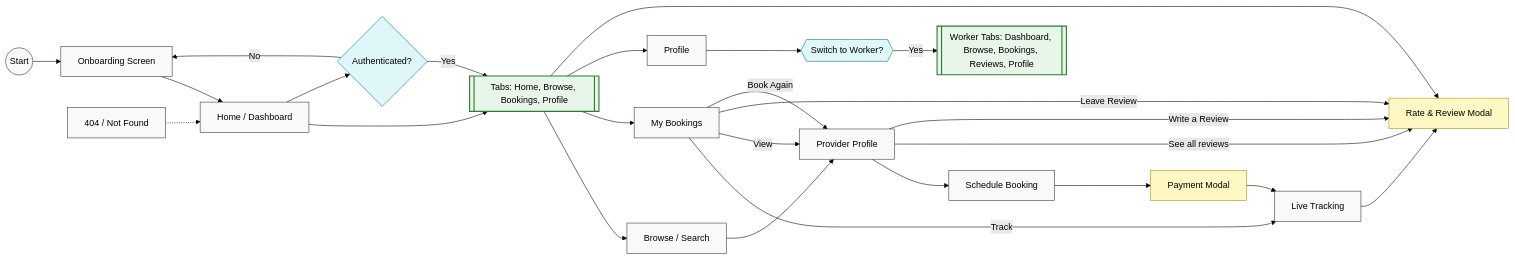
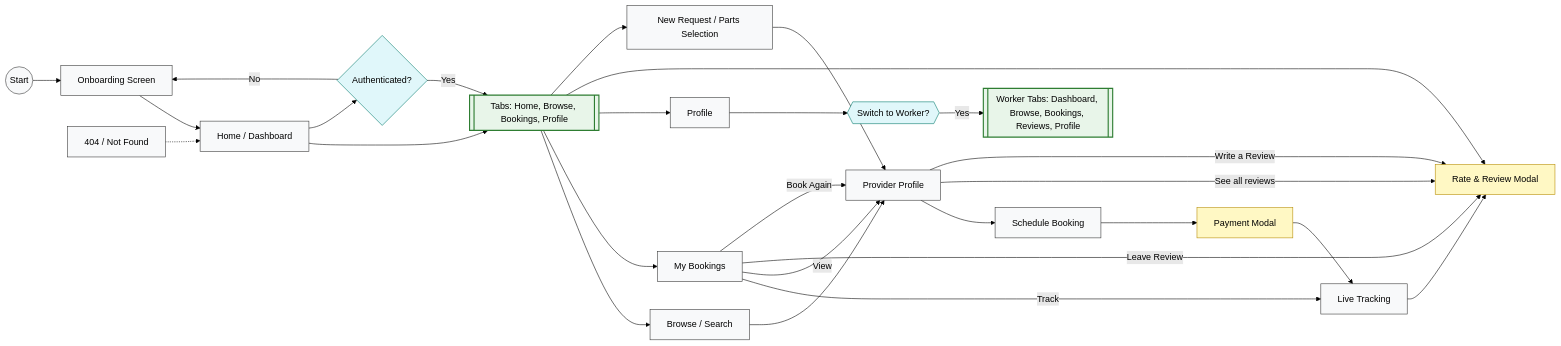
One commit to JoevinCasibua/A-yos-Project changed the diagram in docs/user-flow.md. Above: the diagram before and after it, drawn with Mermaid (forest theme). The commit also changed other lines of this file and 17 other files, not shown here.

Commit message:
feat: implement ASAP radar, worker matching, and booking flow

````diff
--- a/docs/user-flow.md
+++ b/docs/user-flow.md
@@ -45,59 +46,63 @@
 ```mermaid
 flowchart LR
   %% Nodes
   Start((Start))
   Onboarding[Onboarding Screen]
   Home[Home / Dashboard]
   Tabs[[Tabs: Home, Browse, Bookings, Profile]]
   Search[Browse / Search]
+  NewRequest[New Request / Parts Selection]
   Provider[Provider Profile]
   Booking[Schedule Booking]
   Payment[Payment Modal]
   Tracking[Live Tracking]
   ReviewModal[Rate & Review Modal]
   BookingsList[My Bookings]
   ProfileScreen[Profile]
   SwitchAccount{{Switch to Worker?}}
   WorkerTabs[[Worker Tabs: Dashboard, Browse, Bookings, Reviews, Profile]]
   NotFound[404 / Not Found]
 
   %% Flow
   Start --> Onboarding
   Onboarding --> Home
   Home --> Tabs
   Tabs --> Search
   Tabs --> BookingsList
   Tabs --> ProfileScreen
   Tabs --> ReviewModal
+
+  Tabs --> NewRequest
+  NewRequest --> Provider
 
   Search --> Provider
   Provider --> Booking
   Booking --> Payment
   Payment --> Tracking
   Tracking --> ReviewModal
   BookingsList -->|Track| Tracking
   BookingsList -->|View| Provider
   BookingsList -->|Leave Review| ReviewModal
   BookingsList -->|Book Again| Provider
   Provider -->|See all reviews| ReviewModal
   Provider -->|Write a Review| ReviewModal
   ProfileScreen --> SwitchAccount
   SwitchAccount -->|Yes| WorkerTabs
 
   NotFound -.-> Home
 
   %% Decisions
   hasAuth{Authenticated?}
   Home --> hasAuth
   hasAuth -->|No| Onboarding
   hasAuth -->|Yes| Tabs
 
   classDef screen fill:#f8f9fa,stroke:#333,stroke-width:1px;
   classDef modal fill:#fff8c4,stroke:#b58900;
   classDef decision fill:#e0f7fa,stroke:#00796b,stroke-width:1px;
   classDef tabgroup fill:#e8f5e9,stroke:#2e7d32,stroke-width:2px;
-  class Start,Onboarding,Home,Search,Provider,Booking,Tracking,BookingsList,ProfileScreen,NotFound screen;
+  class Start,Onboarding,Home,Search,NewRequest,Provider,Booking,Tracking,BookingsList,ProfileScreen,NotFound screen;
   class Payment,ReviewModal modal;
   class hasAuth,SwitchAccount decision;
   class Tabs,WorkerTabs tabgroup;
 ```
````
